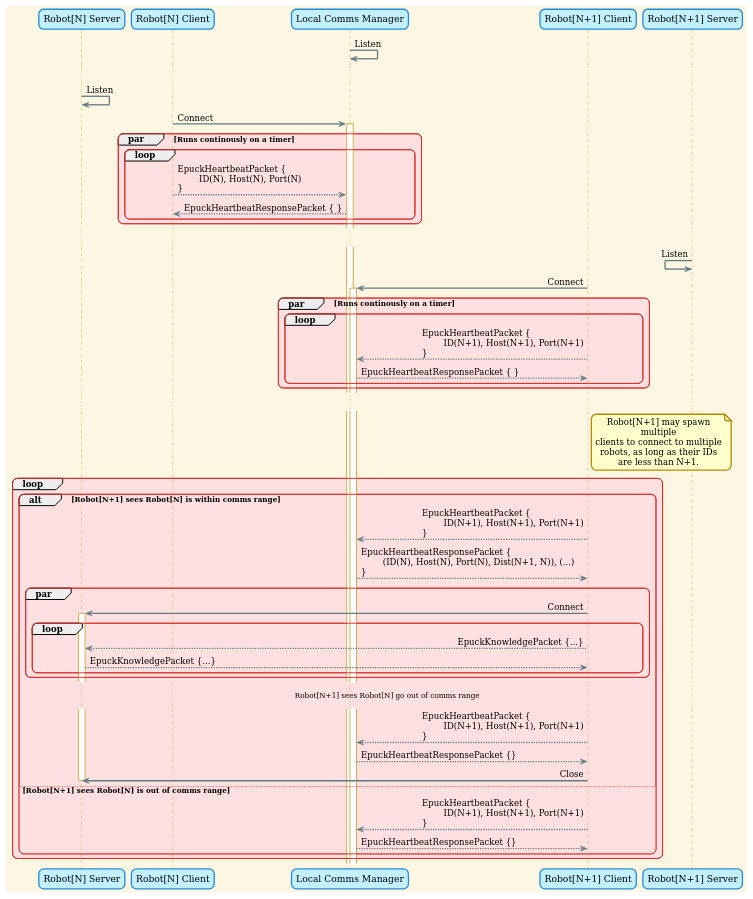
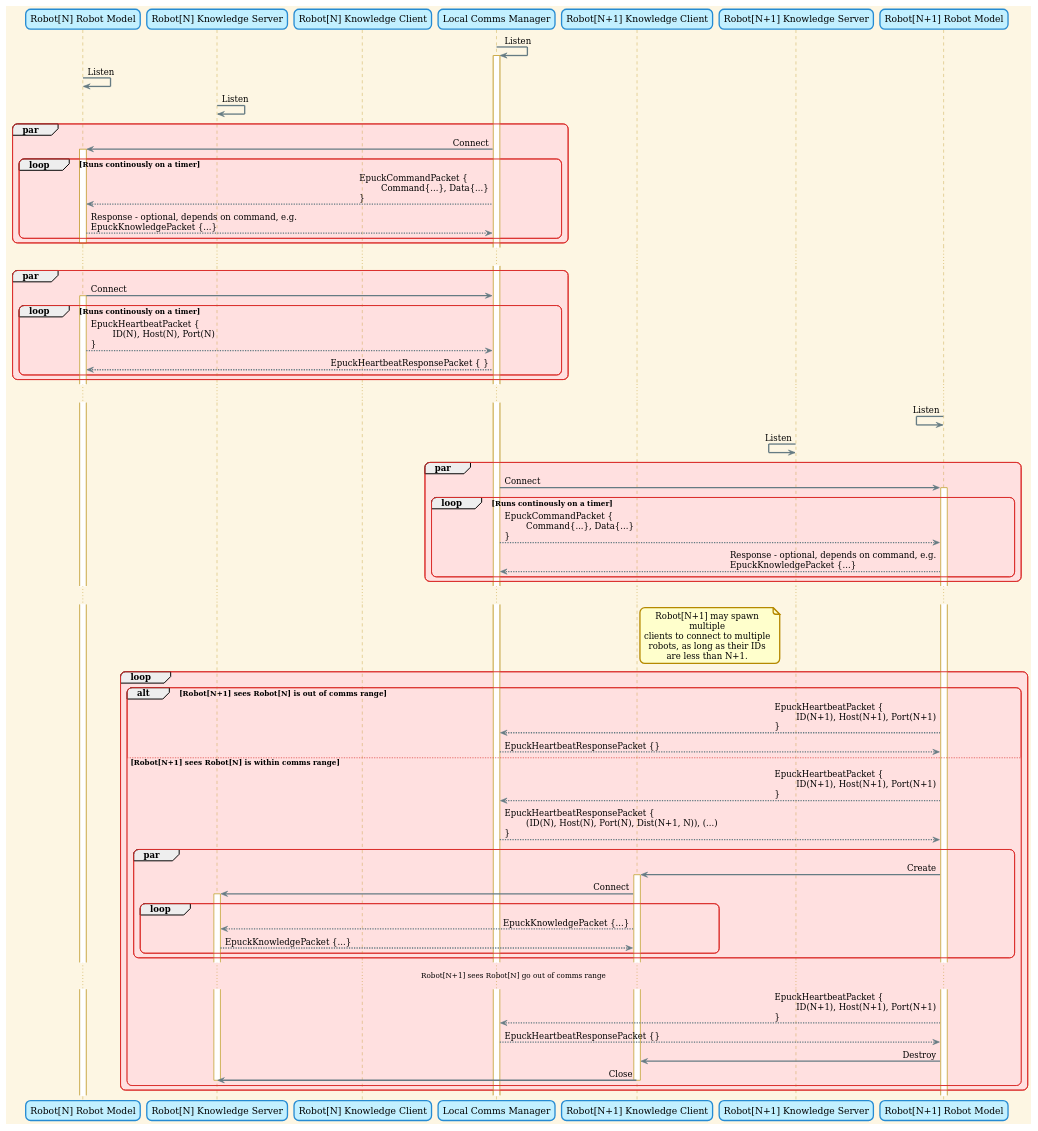
The diagram in src/lazy_agent_sim/ros_gz_lazy_agent_sim_applications/agent_local_comms_server/doc/comms_sequence.puml (eshjordan/mobile-robotics-fyp), drawn with PlantUML before and after one commit. The commit also changed 2 other files, not shown here.

Commit message:
More diagram updates, architecture now includes new components, sequence is more accurate with a separate participant for RobotCommsModel instances

```diff
--- a/src/lazy_agent_sim/ros_gz_lazy_agent_sim_applications/agent_local_comms_server/doc/comms_sequence.puml
+++ b/src/lazy_agent_sim/ros_gz_lazy_agent_sim_applications/agent_local_comms_server/doc/comms_sequence.puml
@@ -1,73 +1,94 @@
 @startuml
 
 !theme sunlust
 
-participant "Robot[N] Server"
-participant "Robot[N] Client"
+participant "Robot[N] Robot Model"
+participant "Robot[N] Knowledge Server"
+participant "Robot[N] Knowledge Client"
 participant "Local Comms Manager"
-participant "Robot[N+1] Client"
-participant "Robot[N+1] Server"
+participant "Robot[N+1] Knowledge Client"
+participant "Robot[N+1] Knowledge Server"
+participant "Robot[N+1] Robot Model"
 
 "Local Comms Manager" -> "Local Comms Manager" : Listen
+activate "Local Comms Manager"
+
+"Robot[N] Robot Model" -> "Robot[N] Robot Model" : Listen
+"Robot[N] Knowledge Server" -> "Robot[N] Knowledge Server" : Listen
+
+par
+"Local Comms Manager" -> "Robot[N] Robot Model": Connect
+activate "Robot[N] Robot Model"
+loop Runs continously on a timer
+"Local Comms Manager" --> "Robot[N] Robot Model": EpuckCommandPacket {\n\tCommand{...}, Data{...}\n}
+"Robot[N] Robot Model" --> "Local Comms Manager": Response - optional, depends on command, e.g.\nEpuckKnowledgePacket {...}
+end
+deactivate "Robot[N] Robot Model"
+end
 
 ...
 
-"Robot[N] Server" -> "Robot[N] Server" : Listen
-"Robot[N] Client" -> "Local Comms Manager" : Connect
-activate "Local Comms Manager"
-
-par Runs continously on a timer
-loop
-"Robot[N] Client" --> "Local Comms Manager": EpuckHeartbeatPacket {\n\tID(N), Host(N), Port(N)\n}
-"Local Comms Manager" --> "Robot[N] Client": EpuckHeartbeatResponsePacket { }
+par
+"Robot[N] Robot Model" -> "Local Comms Manager" : Connect
+activate "Robot[N] Robot Model"
+loop Runs continously on a timer
+"Robot[N] Robot Model" --> "Local Comms Manager": EpuckHeartbeatPacket {\n\tID(N), Host(N), Port(N)\n}
+"Local Comms Manager" --> "Robot[N] Robot Model": EpuckHeartbeatResponsePacket { }
 end
 end
 
 ...
 
-"Robot[N+1] Server" <- "Robot[N+1] Server" : Listen
-"Robot[N+1] Client" -> "Local Comms Manager" : Connect
-activate "Local Comms Manager"
+"Robot[N+1] Robot Model" <- "Robot[N+1] Robot Model" : Listen
+"Robot[N+1] Knowledge Server" <- "Robot[N+1] Knowledge Server" : Listen
 
-par Runs continously on a timer
-loop
-"Robot[N+1] Client" --> "Local Comms Manager": EpuckHeartbeatPacket {\n\tID(N+1), Host(N+1), Port(N+1)\n}
-"Local Comms Manager" --> "Robot[N+1] Client": EpuckHeartbeatResponsePacket { }
+par
+"Local Comms Manager" -> "Robot[N+1] Robot Model": Connect
+activate "Robot[N+1] Robot Model"
+loop Runs continously on a timer
+"Local Comms Manager" --> "Robot[N+1] Robot Model": EpuckCommandPacket {\n\tCommand{...}, Data{...}\n}
+"Robot[N+1] Robot Model" --> "Local Comms Manager": Response - optional, depends on command, e.g.\nEpuckKnowledgePacket {...}
 end
 end
 
 ...
 
-note right of "Robot[N+1] Client"
+note right of "Robot[N+1] Knowledge Client"
 Robot[N+1] may spawn multiple
 clients to connect to multiple
 robots, as long as their IDs
 are less than N+1.
 end note
 
 loop
-alt Robot[N+1] sees Robot[N] is within comms range
-"Robot[N+1] Client" --> "Local Comms Manager": EpuckHeartbeatPacket {\n\tID(N+1), Host(N+1), Port(N+1)\n}
-"Local Comms Manager" --> "Robot[N+1] Client": EpuckHeartbeatResponsePacket {\n\t(ID(N), Host(N), Port(N), Dist(N+1, N)), (...) \n}
+alt Robot[N+1] sees Robot[N] is out of comms range
+"Robot[N+1] Robot Model" --> "Local Comms Manager": EpuckHeartbeatPacket {\n\tID(N+1), Host(N+1), Port(N+1)\n}
+"Local Comms Manager" --> "Robot[N+1] Robot Model": EpuckHeartbeatResponsePacket {}
+
+else Robot[N+1] sees Robot[N] is within comms range
+"Robot[N+1] Robot Model" --> "Local Comms Manager": EpuckHeartbeatPacket {\n\tID(N+1), Host(N+1), Port(N+1)\n}
+"Local Comms Manager" --> "Robot[N+1] Robot Model": EpuckHeartbeatResponsePacket {\n\t(ID(N), Host(N), Port(N), Dist(N+1, N)), (...) \n}
+
 par
-"Robot[N+1] Client" -> "Robot[N] Server": Connect
-activate "Robot[N] Server"
+"Robot[N+1] Robot Model" -> "Robot[N+1] Knowledge Client": Create
+activate "Robot[N+1] Knowledge Client"
+"Robot[N+1] Knowledge Client" -> "Robot[N] Knowledge Server": Connect
+activate "Robot[N] Knowledge Server"
 loop
-"Robot[N+1] Client" --> "Robot[N] Server": EpuckKnowledgePacket {...}
-"Robot[N] Server" --> "Robot[N+1] Client": EpuckKnowledgePacket {...}
+"Robot[N+1] Knowledge Client" --> "Robot[N] Knowledge Server": EpuckKnowledgePacket {...}
+"Robot[N] Knowledge Server" --> "Robot[N+1] Knowledge Client": EpuckKnowledgePacket {...}
 end
 end
 ...Robot[N+1] sees Robot[N] go out of comms range...
 
-"Robot[N+1] Client" --> "Local Comms Manager": EpuckHeartbeatPacket {\n\tID(N+1), Host(N+1), Port(N+1)\n}
-"Local Comms Manager" --> "Robot[N+1] Client": EpuckHeartbeatResponsePacket {}
-"Robot[N+1] Client" -> "Robot[N] Server": Close
-deactivate "Robot[N] Server"
+"Robot[N+1] Robot Model" --> "Local Comms Manager": EpuckHeartbeatPacket {\n\tID(N+1), Host(N+1), Port(N+1)\n}
+"Local Comms Manager" --> "Robot[N+1] Robot Model": EpuckHeartbeatResponsePacket {}
+"Robot[N+1] Robot Model" -> "Robot[N+1] Knowledge Client": Destroy
+"Robot[N+1] Knowledge Client" -> "Robot[N] Knowledge Server": Close
+deactivate "Robot[N] Knowledge Server"
+deactivate "Robot[N+1] Knowledge Client"
 
-else Robot[N+1] sees Robot[N] is out of comms range
-"Robot[N+1] Client" --> "Local Comms Manager": EpuckHeartbeatPacket {\n\tID(N+1), Host(N+1), Port(N+1)\n}
-"Local Comms Manager" --> "Robot[N+1] Client": EpuckHeartbeatResponsePacket {}
 end
 end
 
 @enduml
```
